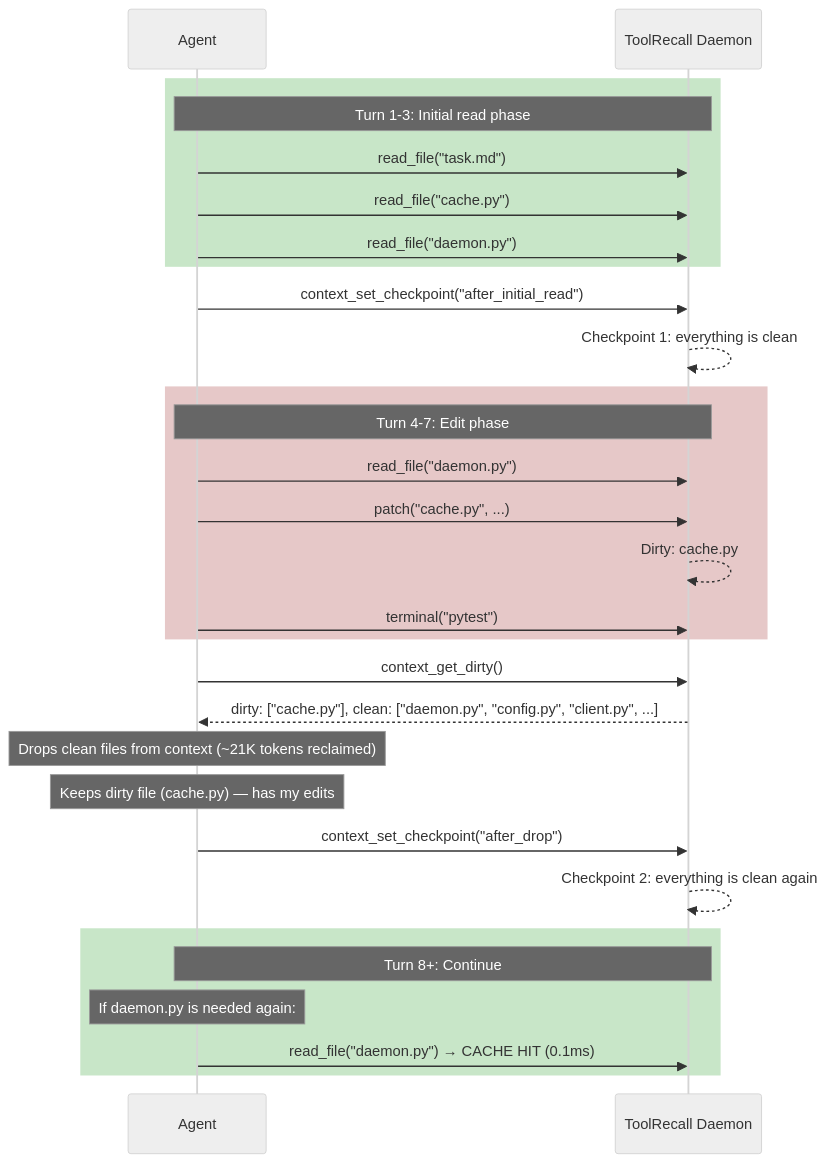
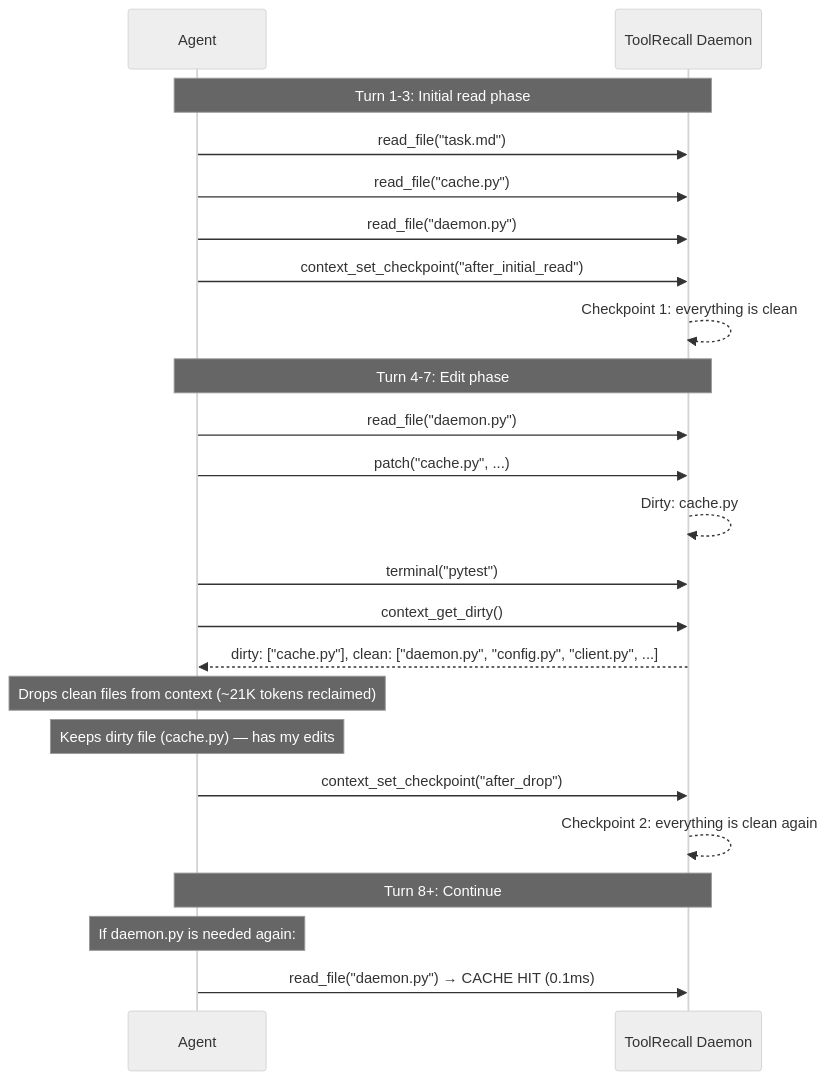
Before and after one commit to whiskybeer/toolrecall: the third of 4 diagrams in docs/CONTEXT_TRACKER.md, drawn with Mermaid (neutral theme). The commit also changed other lines of this file and 15 other files, not shown here.

````diff
--- a/docs/CONTEXT_TRACKER.md
+++ b/docs/CONTEXT_TRACKER.md
@@ -105,38 +105,32 @@
 ```mermaid
 sequenceDiagram
     participant Agent as Agent
     participant Daemon as ToolRecall Daemon
     
-    rect rgb(200, 230, 200)
-        Note over Agent,Daemon: Turn 1-3: Initial read phase
-        Agent->>Daemon: read_file("task.md")
-        Agent->>Daemon: read_file("cache.py")
-        Agent->>Daemon: read_file("daemon.py")
-    end
+    Note over Agent,Daemon: Turn 1-3: Initial read phase
+    Agent->>Daemon: read_file("task.md")
+    Agent->>Daemon: read_file("cache.py")
+    Agent->>Daemon: read_file("daemon.py")
     
     Agent->>Daemon: context_set_checkpoint("after_initial_read")
     Daemon-->>Daemon: Checkpoint 1: everything is clean
     
-    rect rgb(230, 200, 200)
-        Note over Agent,Daemon: Turn 4-7: Edit phase
-        Agent->>Daemon: read_file("daemon.py")
-        Agent->>Daemon: patch("cache.py", ...)
-        Daemon-->>Daemon: Dirty: cache.py
-        Agent->>Daemon: terminal("pytest")
-    end
+    Note over Agent,Daemon: Turn 4-7: Edit phase
+    Agent->>Daemon: read_file("daemon.py")
+    Agent->>Daemon: patch("cache.py", ...)
+    Daemon-->>Daemon: Dirty: cache.py
+    Agent->>Daemon: terminal("pytest")
     
     Agent->>Daemon: context_get_dirty()
     Daemon-->>Agent: dirty: ["cache.py"], clean: ["daemon.py", "config.py", "client.py", ...]
     
     Note over Agent: Drops clean files from context (~21K tokens reclaimed)
     Note over Agent: Keeps dirty file (cache.py) — has my edits
     
     Agent->>Daemon: context_set_checkpoint("after_drop")
     Daemon-->>Daemon: Checkpoint 2: everything is clean again
     
-    rect rgb(200, 230, 200)
-        Note over Agent,Daemon: Turn 8+: Continue
-        Note over Agent: If daemon.py is needed again:
-        Agent->>Daemon: read_file("daemon.py") → CACHE HIT (0.1ms)
-    end
+    Note over Agent,Daemon: Turn 8+: Continue
+    Note over Agent: If daemon.py is needed again:
+    Agent->>Daemon: read_file("daemon.py") → CACHE HIT (0.1ms)
 ```
````
